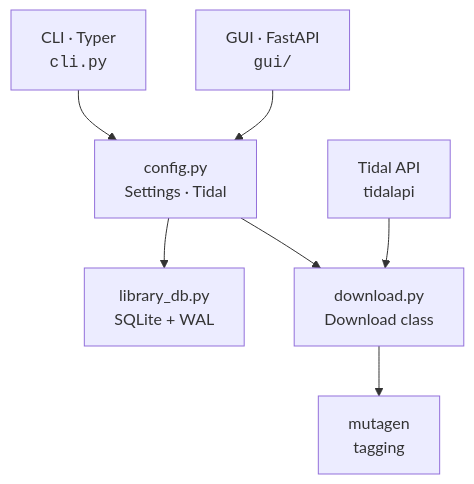
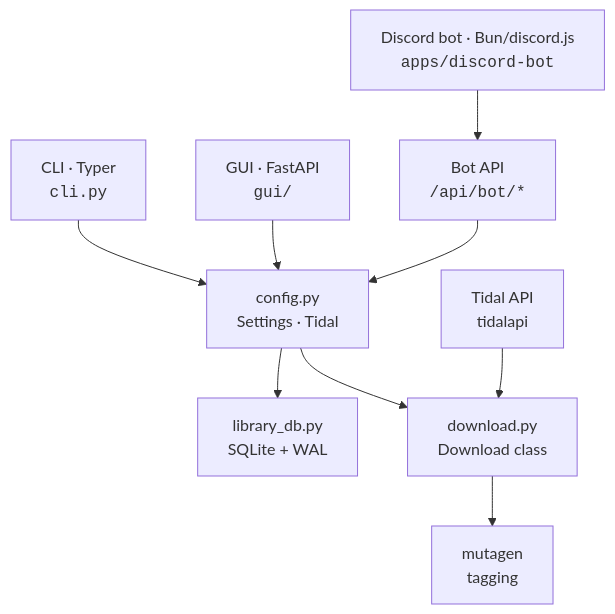
The diagram in README.md (alfdav/music-dl), drawn with Mermaid before and after one commit. The commit also changed other lines of this file and 4 other files, not shown here.

````diff
--- a/README.md
+++ b/README.md
@@ -224,9 +235,11 @@
 ```mermaid
 graph TD
     CLI["CLI · Typer<br/><code>cli.py</code>"] --> Core
     GUI["GUI · FastAPI<br/><code>gui/</code>"] --> Core
+    Bot["Discord bot · Bun/discord.js<br/><code>apps/discord-bot</code>"] --> BotAPI["Bot API<br/><code>/api/bot/*</code>"]
+    BotAPI --> Core
     Core["config.py<br/>Settings · Tidal"] --> DB["library_db.py<br/>SQLite + WAL"]
     Core --> DL["download.py<br/>Download class"]
     Tidal["Tidal API<br/>tidalapi"] --> DL
     DL --> Tag["mutagen<br/>tagging"]
 ```
````
